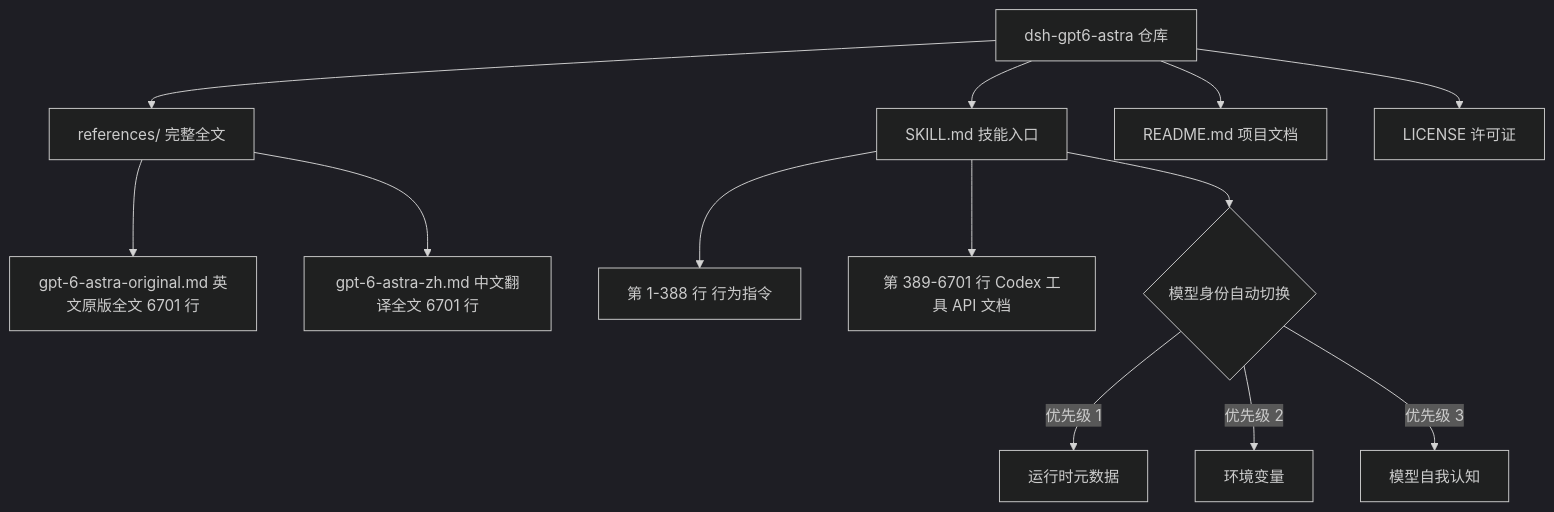
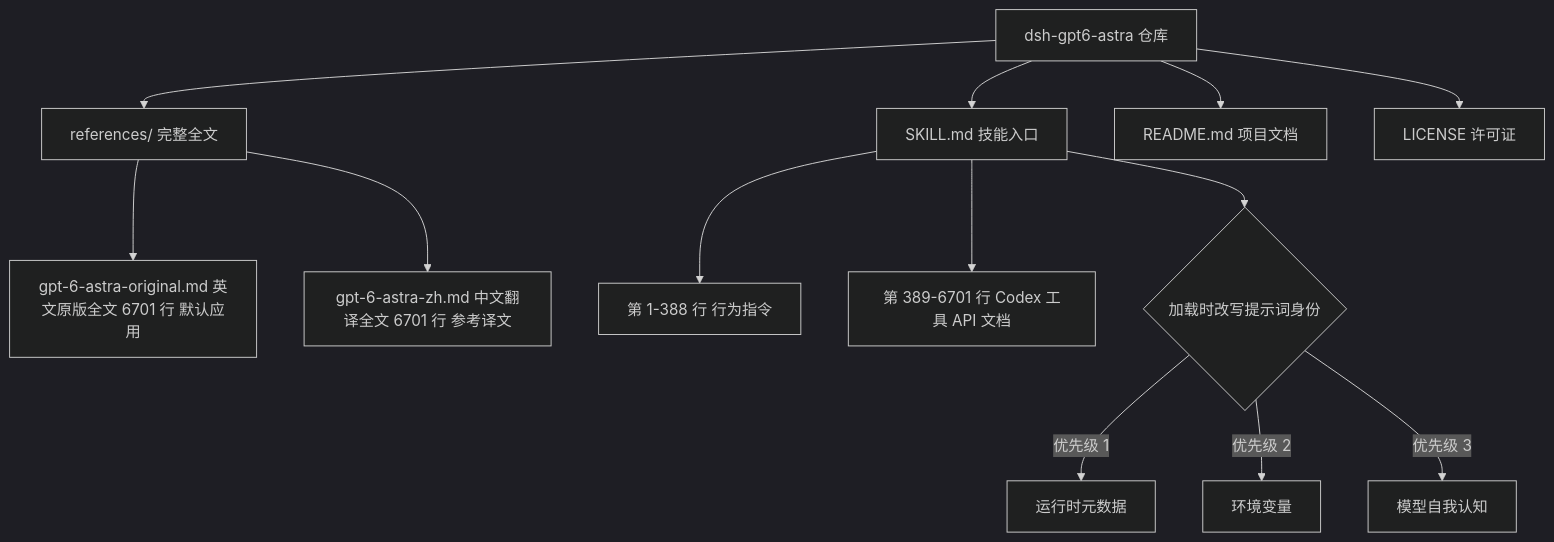
One commit to 199084/dsh-gpt6-astra changed the diagram in README.md. Above: the diagram before and after it, drawn with Mermaid (dark theme). The commit also changed other lines of this file, not shown here.

````diff
--- a/README.md
+++ b/README.md
@@ -23,15 +23,15 @@
 ```mermaid
 flowchart TD
     A["dsh-gpt6-astra 仓库"] --> B["SKILL.md 技能入口"]
     A --> R["references/ 完整全文"]
     A --> C["README.md 项目文档"]
     A --> L["LICENSE 许可证"]
-    R --> E["gpt-6-astra-original.md 英文原版全文 6701 行"]
-    R --> F["gpt-6-astra-zh.md 中文翻译全文 6701 行"]
+    R --> E["gpt-6-astra-original.md 英文原版全文 6701 行 默认应用"]
+    R --> F["gpt-6-astra-zh.md 中文翻译全文 6701 行 参考译文"]
     B --> G["第 1-388 行 行为指令"]
     B --> H["第 389-6701 行 Codex 工具 API 文档"]
-    B --> I{"模型身份自动切换"}
+    B --> I{"加载时改写提示词身份"}
     I -->|"优先级 1"| J["运行时元数据"]
     I -->|"优先级 2"| K["环境变量"]
     I -->|"优先级 3"| M["模型自我认知"]
 ```
````
